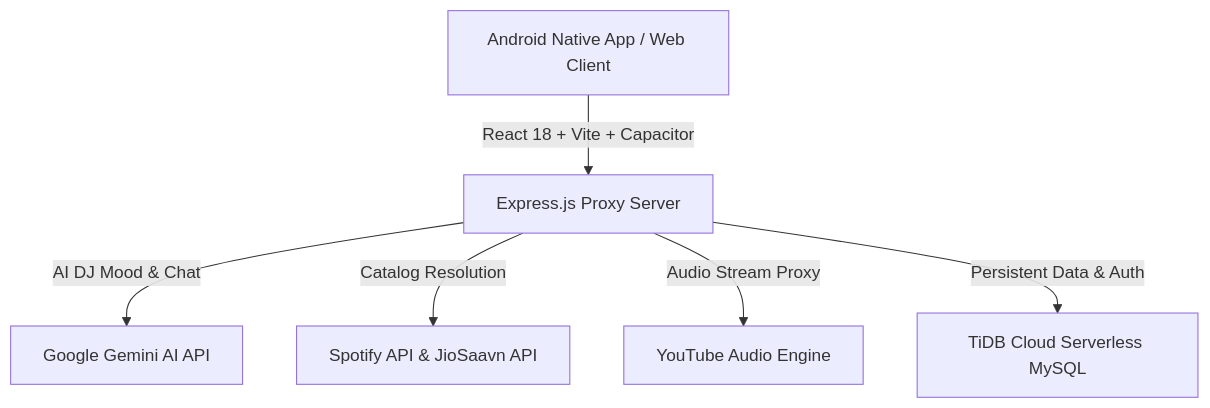
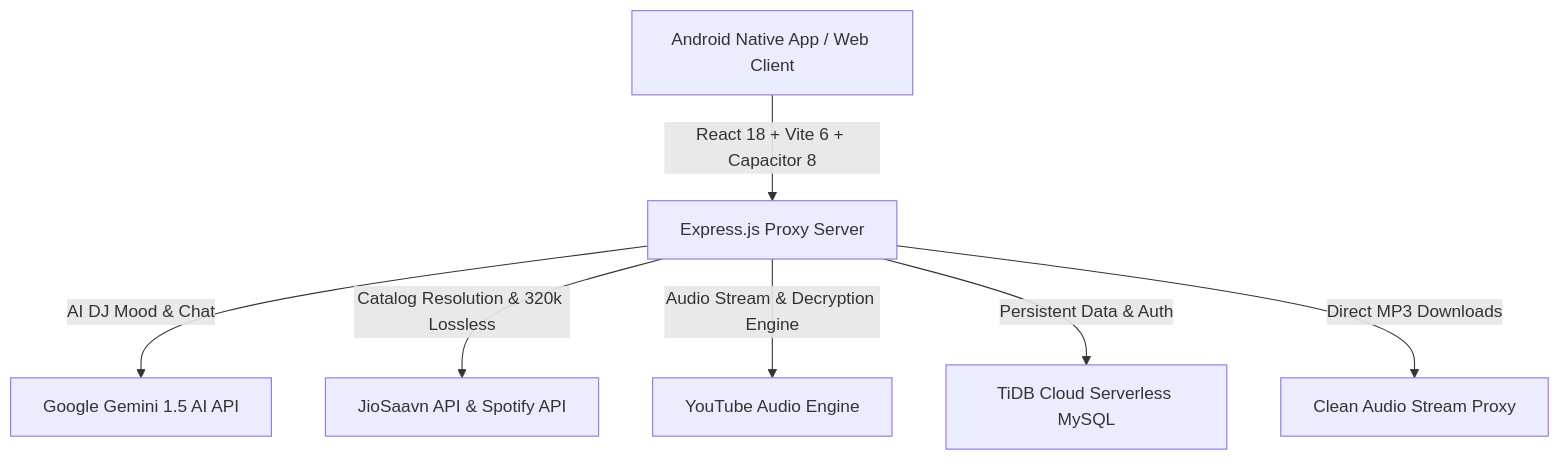
One commit to Saurav3587/Suno-Music changed the diagram in README.md. Above: the diagram before and after it, drawn with Mermaid. The commit also changed other lines of this file, not shown here.

````diff
--- a/README.md
+++ b/README.md
@@ -103,8 +122,9 @@
 ```mermaid
 graph TD
-  A[Android Native App / Web Client] -->|React 18 + Vite + Capacitor| B[Express.js Proxy Server]
-  B -->|AI DJ Mood & Chat| C[Google Gemini AI API]
-  B -->|Catalog Resolution| D[Spotify API & JioSaavn API]
-  B -->|Audio Stream Proxy| E[YouTube Audio Engine]
+  A[Android Native App / Web Client] -->|React 18 + Vite 6 + Capacitor 8| B[Express.js Proxy Server]
+  B -->|AI DJ Mood & Chat| C[Google Gemini 1.5 AI API]
+  B -->|Catalog Resolution & 320k Lossless| D[JioSaavn API & Spotify API]
+  B -->|Audio Stream & Decryption Engine| E[YouTube Audio Engine]
   B -->|Persistent Data & Auth| F[TiDB Cloud Serverless MySQL]
+  B -->|Direct MP3 Downloads| G[Clean Audio Stream Proxy]
 ```
````
